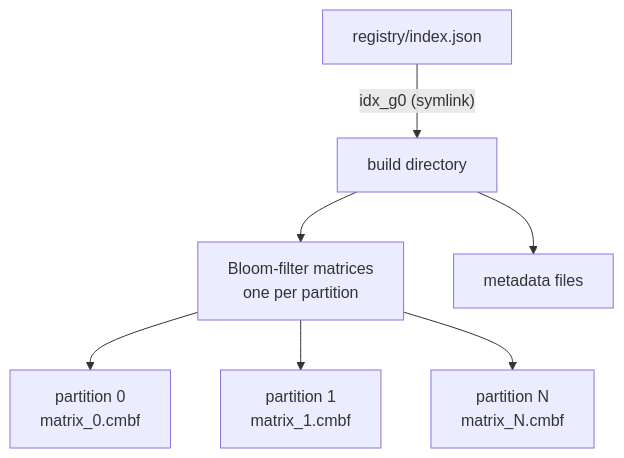
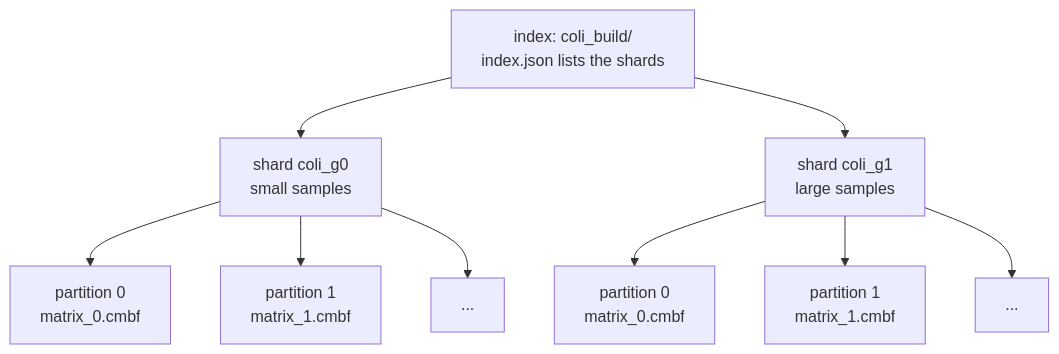
Before and after one commit to sebllns/kmhelpers: the first of 2 diagrams in docs/concepts/kmindex-index.md, drawn with Mermaid. The commit also changed other lines of this file and 8 other files, not shown here.

````diff
--- a/docs/concepts/kmindex-index.md
+++ b/docs/concepts/kmindex-index.md
@@ -43,9 +26,12 @@
 ```mermaid
-graph TD
-    A["registry/index.json"] -->|"idx_g0 (symlink)"| B["build directory"]
-    B --> C["Bloom-filter matrices<br/>one per partition"]
-    B --> D["metadata files"]
-    C --> C1["partition 0<br/>matrix_0.cmbf"]
-    C --> C2["partition 1<br/>matrix_1.cmbf"]
-    C --> C3["partition N<br/>matrix_N.cmbf"]
+flowchart TB
+    I["index: coli_build/<br/>index.json lists the shards"]
+    I --> S0["shard coli_g0<br/>small samples"]
+    I --> S1["shard coli_g1<br/>large samples"]
+    S0 --> P00["partition 0<br/>matrix_0.cmbf"]
+    S0 --> P01["partition 1<br/>matrix_1.cmbf"]
+    S0 --> P0N["..."]
+    S1 --> P10["partition 0<br/>matrix_0.cmbf"]
+    S1 --> P11["partition 1<br/>matrix_1.cmbf"]
+    S1 --> P1N["..."]
 ```
````
